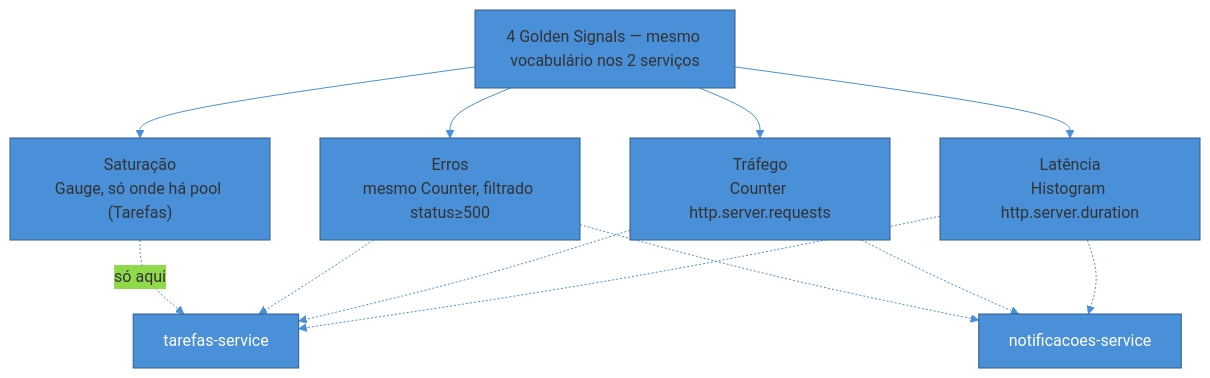
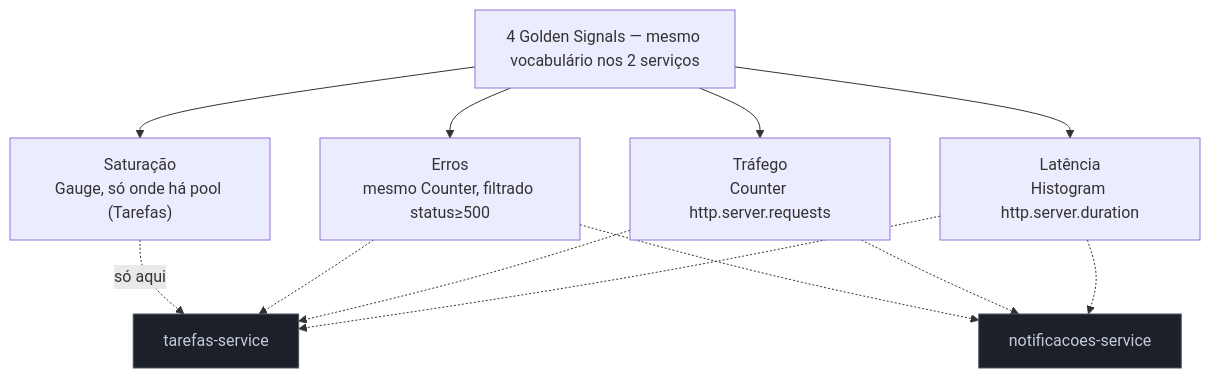
Before and after one commit to josenaldo/codex-technomanticus: the second of 5 diagrams in 03-Dominios/Tecnologia/Python/Observabilidade e produção/08 - Capstone — os dois serviços prontos pra produção.md, drawn with Mermaid. The commit also changed other lines of this file and 1181 other files, not shown here.

First line of the commit message:
fix(diagramas): paleta do sistema no lugar de cor cravada no markdown

````diff
--- a/03-Dominios/Tecnologia/Python/Observabilidade e produção/08 - Capstone — os dois serviços prontos pra produção.md
+++ b/03-Dominios/Tecnologia/Python/Observabilidade e produção/08 - Capstone — os dois serviços prontos pra produção.md
@@ -164,19 +165,19 @@
 ```mermaid
-%%{init: {"theme": "base", "themeVariables": {"primaryColor": "#4A90D9", "primaryBorderColor": "#2E5C8A", "lineColor": "#4A90D9"}}}%%
 graph TD
+    classDef neutro fill:#1B2029,stroke:#4E5666,color:#C6CCD8
     GS["4 Golden Signals — mesmo vocabulário nos 2 serviços"] --> LAT["Latência<br/>Histogram http.server.duration"]
     GS --> TRAF["Tráfego<br/>Counter http.server.requests"]
     GS --> ERR["Erros<br/>mesmo Counter, filtrado status≥500"]
     GS --> SAT["Saturação<br/>Gauge, só onde há pool (Tarefas)"]
 
     LAT -.-> T["tarefas-service"]
     LAT -.-> N["notificacoes-service"]
     TRAF -.-> T
     TRAF -.-> N
     ERR -.-> T
     ERR -.-> N
     SAT -.->|"só aqui"| T
 
-    style T fill:#4A90D9,color:#fff
-    style N fill:#4A90D9,color:#fff
+    class T neutro
+    class N neutro
 ```
````
